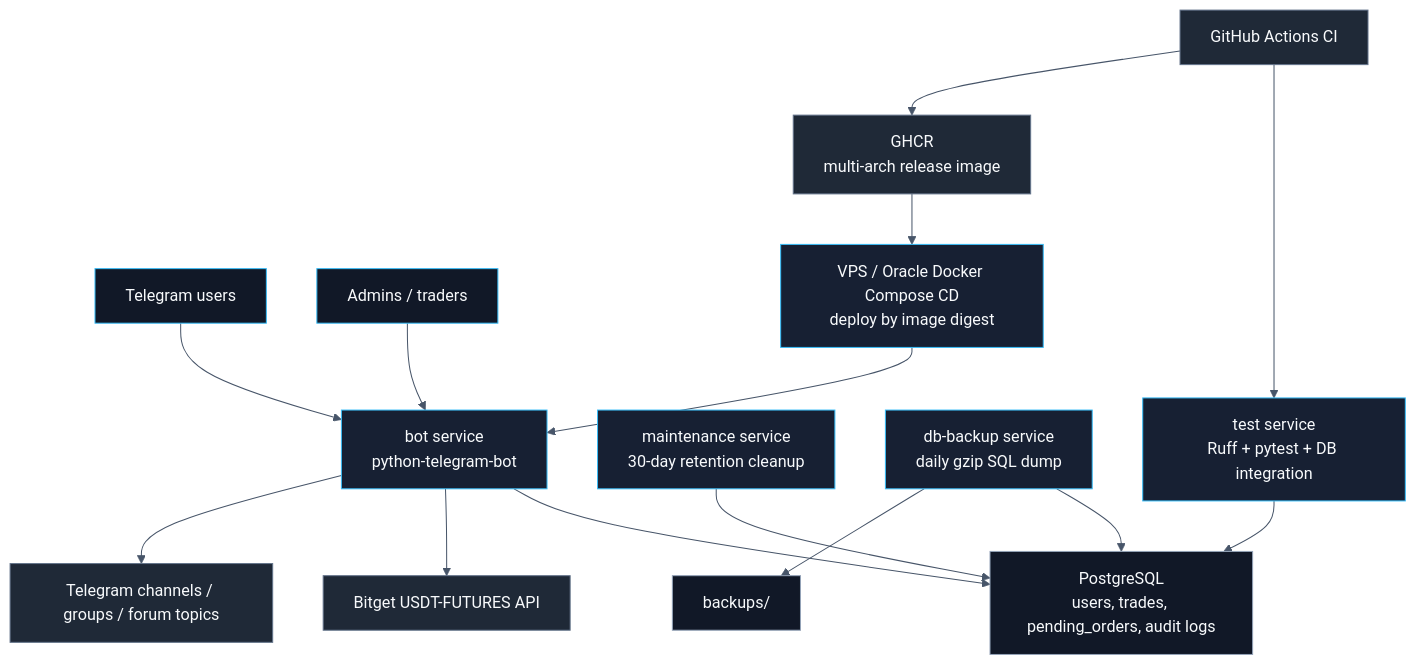
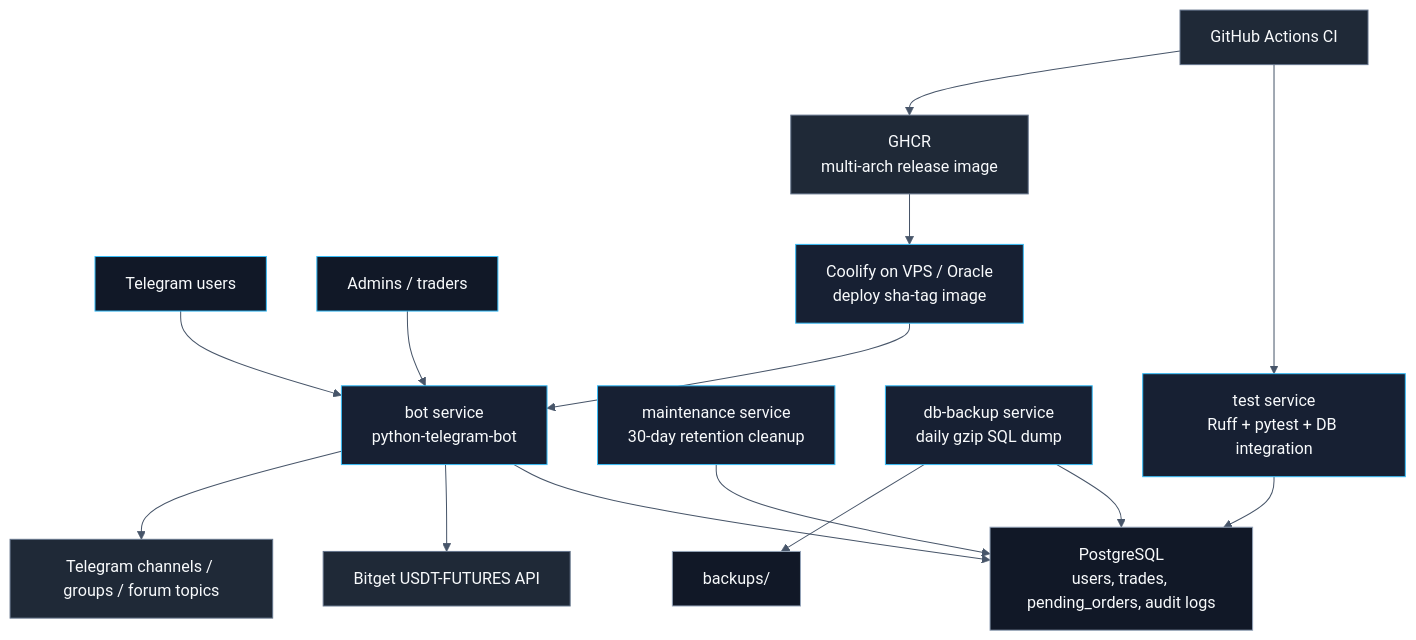
One commit to kaiyn-capital/kaiyn-trading-bot changed the first of 2 diagrams in readme.md. Above: the diagram before and after it, drawn with Mermaid. The commit also changed other lines of this file and 6 other files, not shown here.

````diff
--- a/readme.md
+++ b/readme.md
@@ -33,32 +33,32 @@
 ```mermaid
 %%{init: {"theme":"base","themeVariables":{"background":"transparent","primaryColor":"#111827","primaryBorderColor":"#38bdf8","primaryTextColor":"#f8fafc","secondaryColor":"#1f2937","secondaryBorderColor":"#64748b","secondaryTextColor":"#f8fafc","tertiaryColor":"#0f172a","tertiaryBorderColor":"#475569","tertiaryTextColor":"#f8fafc","lineColor":"#475569","fontFamily":"Inter, ui-sans-serif, system-ui, sans-serif"}}}%%
 flowchart TD
     users["Telegram users"] --> bot["bot service<br/>python-telegram-bot"]
     admins["Admins / traders"] --> bot
 
     bot --> db["PostgreSQL<br/>users, trades, pending_orders, audit logs"]
     bot --> bitget["Bitget USDT-FUTURES API"]
     bot --> channels["Telegram channels / groups / forum topics"]
 
     maintenance["maintenance service<br/>30-day retention cleanup"] --> db
     backup["db-backup service<br/>daily gzip SQL dump"] --> db
     backup --> files["backups/"]
 
     ci["GitHub Actions CI"] --> test["test service<br/>Ruff + pytest + DB integration"]
     test --> db
     ci --> ghcr["GHCR<br/>multi-arch release image"]
-    ghcr --> deploy["VPS / Oracle Docker Compose CD<br/>deploy by image digest"]
+    ghcr --> deploy["Coolify on VPS / Oracle<br/>deploy sha-tag image"]
     deploy --> bot
 
     classDef actor fill:#111827,stroke:#38bdf8,color:#f8fafc;
     classDef runtime fill:#0f172a,stroke:#60a5fa,color:#f8fafc;
     classDef storage fill:#111827,stroke:#94a3b8,color:#f8fafc;
     classDef external fill:#1f2937,stroke:#64748b,color:#f8fafc;
     classDef ops fill:#172033,stroke:#38bdf8,color:#f8fafc;
 
     class users,admins actor;
     class bot,maintenance,backup,test ops;
     class db,files storage;
     class bitget,channels,ci,ghcr external;
     class deploy ops;
 ```
````
